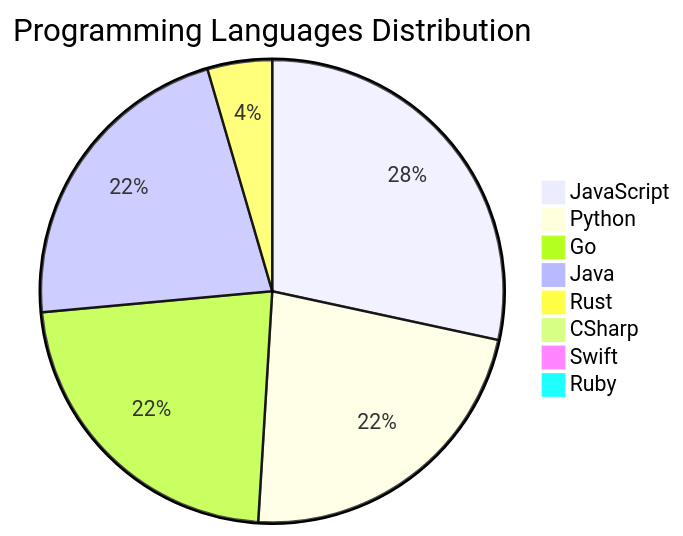
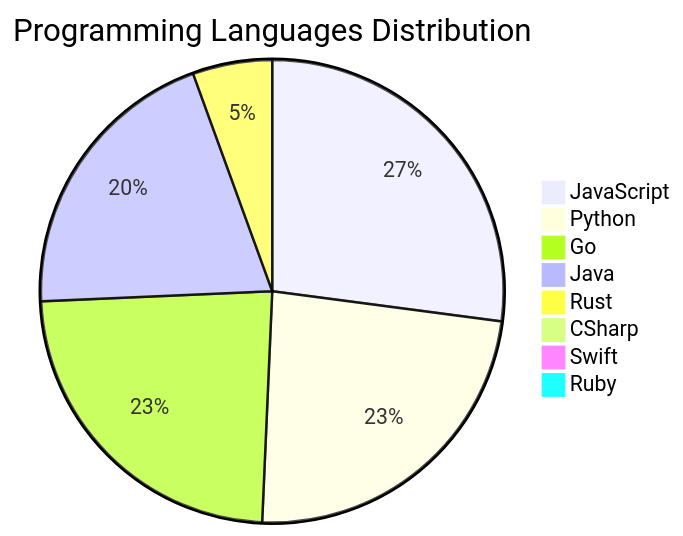
One commit to Derrick-MUGISHA/github-activity-bot changed the diagram in README.md. Above: the diagram before and after it, drawn with Mermaid. The commit also changed other lines of this file and 4 other files, not shown here.

````diff
--- a/README.md
+++ b/README.md
@@ -209,11 +209,11 @@
 ```mermaid
 pie title Programming Languages Distribution
-    "JavaScript" : 44
-    "Python" : 35
-    "Go" : 35
-    "Java" : 34
-    "Rust" : 7
+    "JavaScript" : 39
+    "Python" : 34
+    "Go" : 34
+    "Java" : 29
+    "Rust" : 8
     "CSharp" : 1
     "Swift" : 1
     "Ruby" : 1
 ```
````
